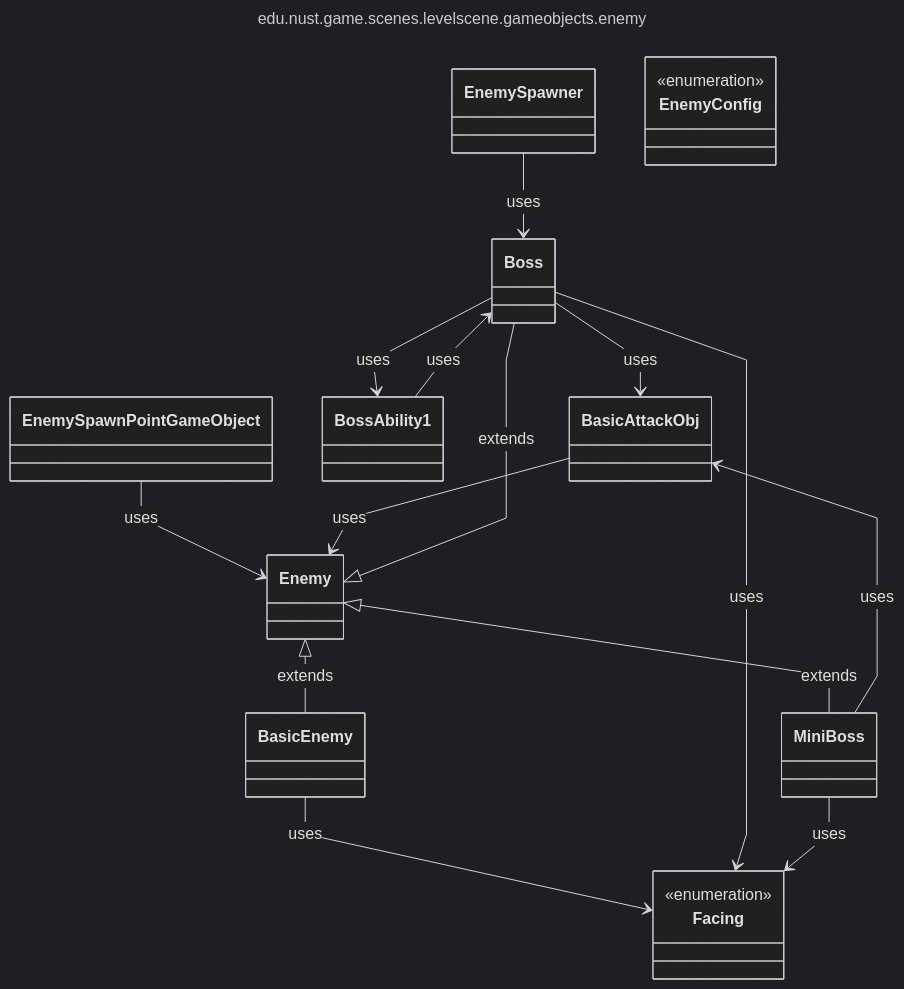
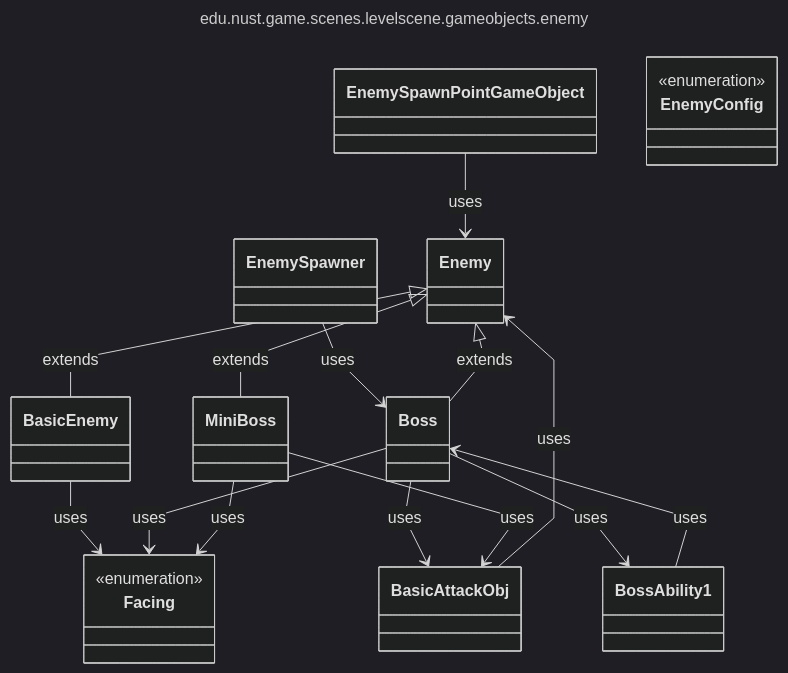
Before and after one commit to zombie-zero-nust/zombie-zero: the diagram in uml/generated/mmd/package_edu_nust_game_scenes_levelscene_gameobjects_enemy.mmd, drawn with Mermaid (dark theme). The commit also changed other lines of this file and 77 other files, not shown here.

Commit message:
Generate UML from script

```diff
--- a/uml/generated/mmd/package_edu_nust_game_scenes_levelscene_gameobjects_enemy.mmd
+++ b/uml/generated/mmd/package_edu_nust_game_scenes_levelscene_gameobjects_enemy.mmd
@@ -1,34 +1,34 @@
 ---
 title: edu.nust.game.scenes.levelscene.gameobjects.enemy
 config:
   look: classic
   layout: dagre
   flowchart:
     curve: linear
   class:
     defaultRenderer: dagre-wrapper
 ---
 classDiagram
-class EnemySpawner
-class MiniBoss
 class EnemySpawnPointGameObject
 class BasicEnemy
-class Enemy
-class BossAbility1
+class MiniBoss
+class EnemySpawner
 class Facing <<enumeration>>
 class BasicAttackObj
 class Boss
+class Enemy
+class BossAbility1
 class EnemyConfig <<enumeration>>
 EnemySpawnPointGameObject --> Enemy : uses
 EnemySpawner --> Boss : uses
 BasicAttackObj --> Enemy : uses
 BossAbility1 --> Boss : uses
 Enemy <|-- BasicEnemy : extends
 BasicEnemy --> Facing : uses
 Boss --> BasicAttackObj : uses
 Boss --> BossAbility1 : uses
 Enemy <|-- Boss : extends
 Boss --> Facing : uses
 MiniBoss --> BasicAttackObj : uses
 Enemy <|-- MiniBoss : extends
 MiniBoss --> Facing : uses
```
